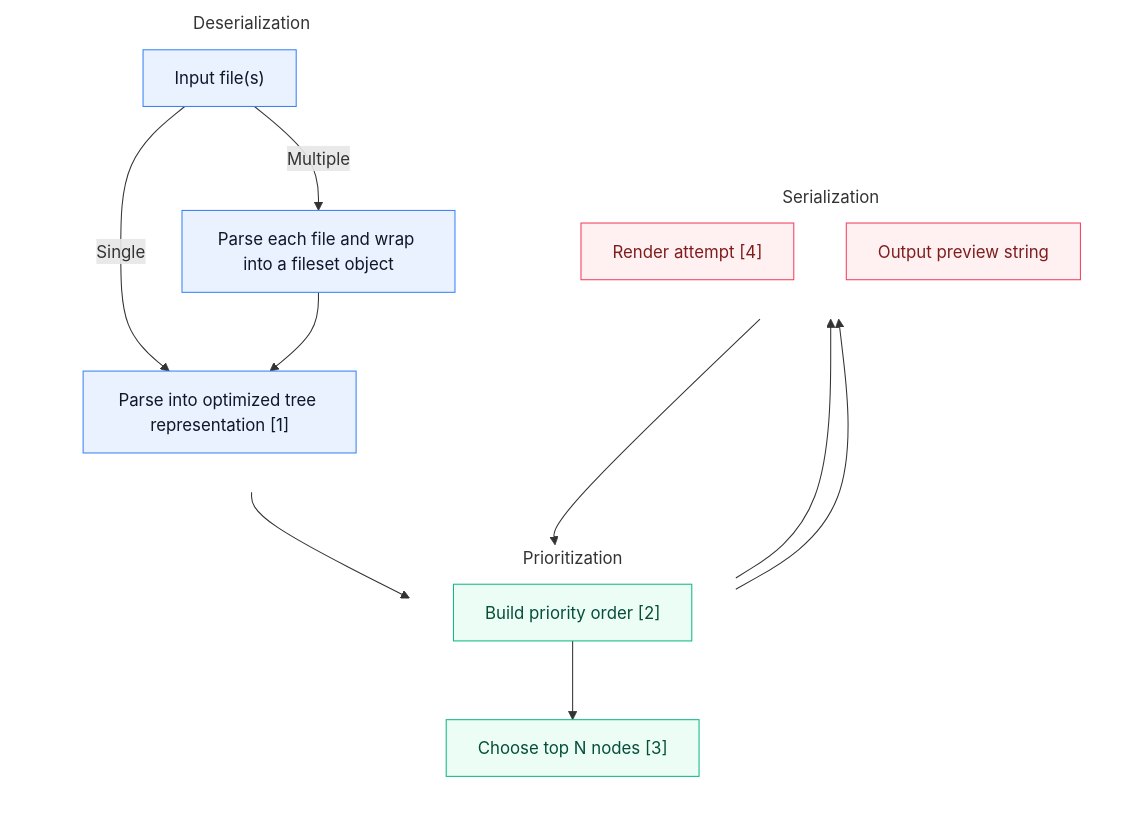
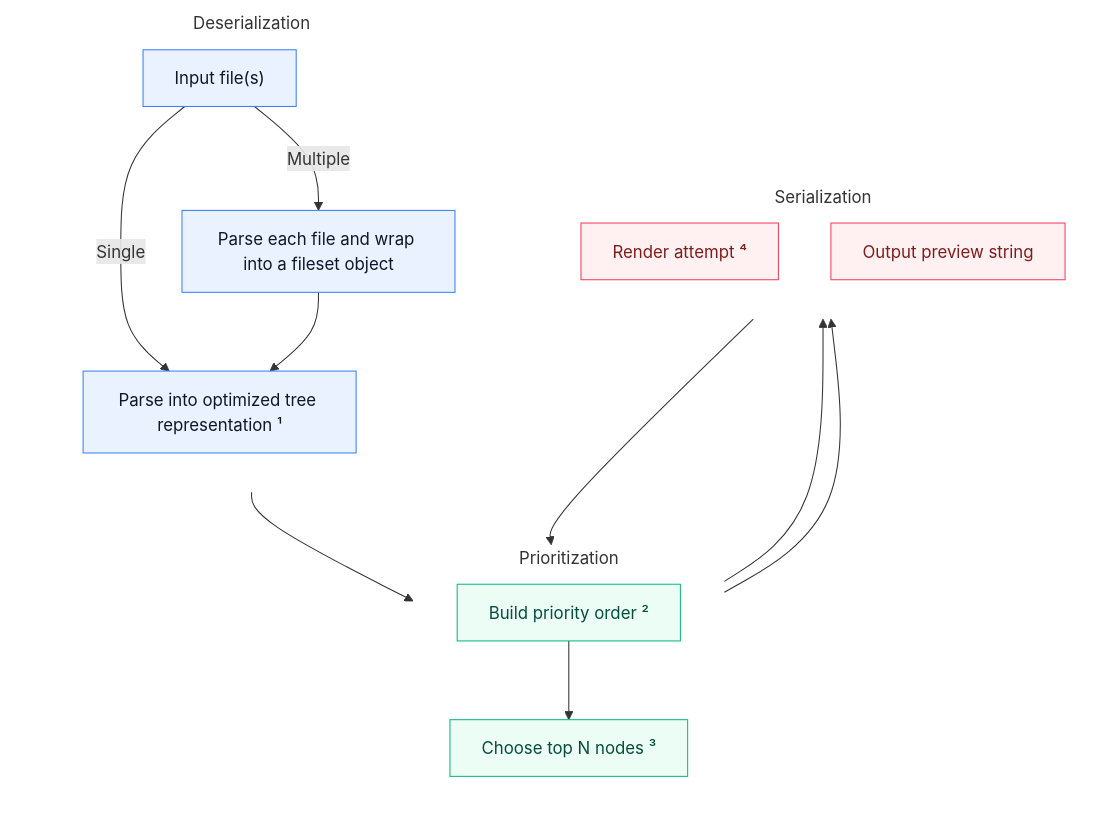
One commit to kantord/headson changed the diagram in README.md. Above: the diagram before and after it, drawn with Mermaid.

````diff
--- a/README.md
+++ b/README.md
@@ -153,36 +153,36 @@
 ```mermaid
 %%{init: {"themeCSS": ".cluster > rect { fill: transparent; stroke: transparent; } .clusterLabel > text { font-size: 16px; font-weight: 600; } .clusterLabel span { padding: 6px 10px; font-size: 16px; font-weight: 600; }"}}%%
 flowchart TD
     subgraph Deserialization
         direction TB
         A["Input file(s)"]
-        A -- Single --> C["Parse into optimized tree representation [1]"]
+        A -- Single --> C["Parse into optimized tree representation ¹"]
         A -- Multiple --> D["Parse each file and wrap into a fileset object"]
         D --> C
     end
     subgraph Prioritization
         direction TB
-        E["Build priority order [2]"]
-        F["Choose top N nodes [3]"]
+        E["Build priority order ²"]
+        F["Choose top N nodes ³"]
     end
     subgraph Serialization
         direction TB
-        G["Render attempt [4]"]
+        G["Render attempt ⁴"]
         H["Output preview string"]
     end
     C --> E
     E --> F
     F --> G
     G --> F
     F --> H
     %% Color classes for categories
     classDef des fill:#eaf2ff,stroke:#3b82f6,stroke-width:1px,color:#0f172a;
     classDef prio fill:#ecfdf5,stroke:#10b981,stroke-width:1px,color:#064e3b;
     classDef ser fill:#fff1f2,stroke:#f43f5e,stroke-width:1px,color:#7f1d1d;
     class A,C,D des;
     class E,F prio;
     class G,H ser;
     style Deserialization fill:transparent,stroke:transparent
     style Prioritization fill:transparent,stroke:transparent
     style Serialization fill:transparent,stroke:transparent
 ```
````
